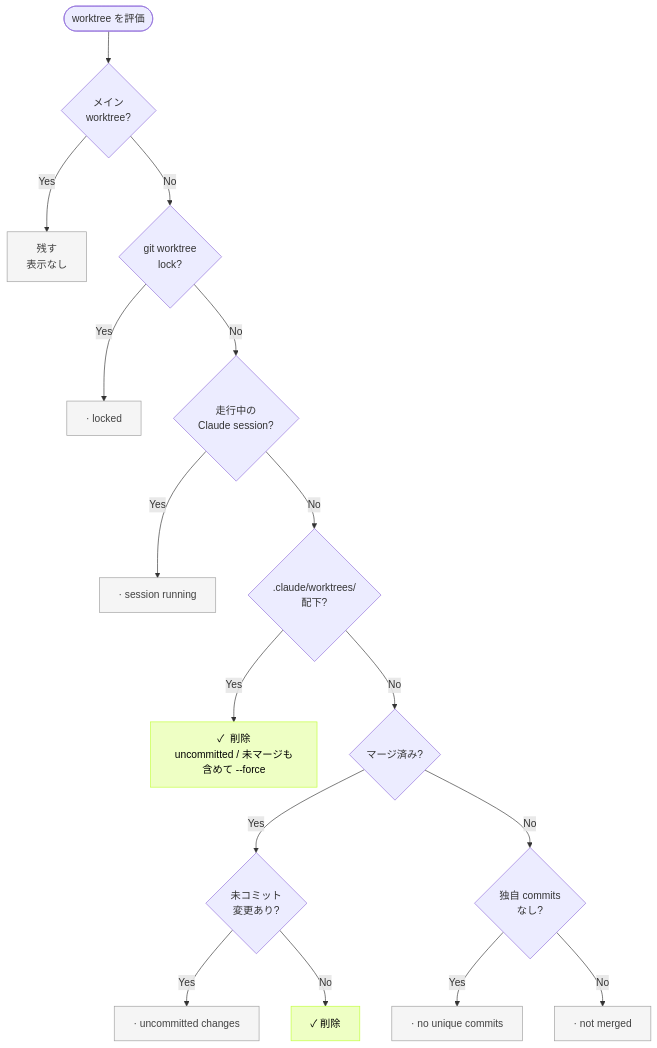
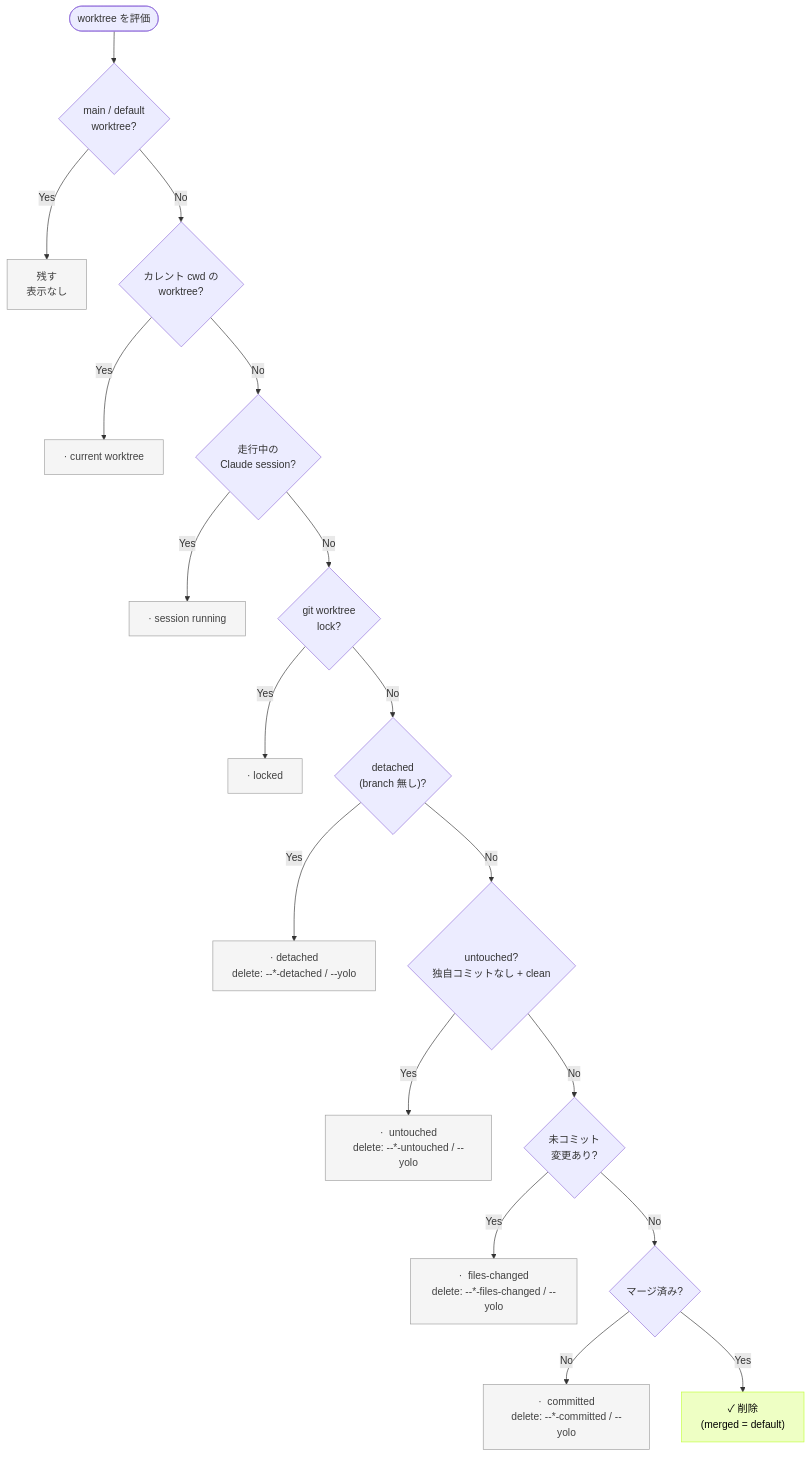
One commit to nozomiishii/git-harvest changed the first of 2 diagrams in README.ja.md. Above: the diagram before and after it, drawn with Mermaid. The commit also changed other lines of this file and 31 other files, not shown here.

````diff
--- a/README.ja.md
+++ b/README.ja.md
@@ -158,22 +235,24 @@
 ```mermaid
 flowchart TD
-    Start([worktree を評価]) --> Main{メイン<br/>worktree?}
+    Start([worktree を評価]) --> Main{"main / default<br/>worktree?"}
     Main -->|Yes| KeepMain[残す<br/>表示なし]
-    Main -->|No| Locked{git worktree<br/>lock?}
+    Main -->|No| Current{"カレント cwd の<br/>worktree?"}
+    Current -->|Yes| KeepCurrent["·  current worktree"]
+    Current -->|No| Running{"走行中の<br/>Claude session?"}
+    Running -->|Yes| KeepRunning["·  session running"]
+    Running -->|No| Locked{"git worktree<br/>lock?"}
     Locked -->|Yes| KeepLocked["·  locked"]
-    Locked -->|No| Running{走行中の<br/>Claude session?}
-    Running -->|Yes| KeepRunning["·  session running"]
-    Running -->|No| ManagedPath{.claude/worktrees/<br/>配下?}
-    ManagedPath -->|Yes| DeleteManaged["✓  削除<br/>uncommitted / 未マージも含めて --force"]
-    ManagedPath -->|No| Merged{マージ済み?}
-    Merged -->|Yes| Uncommitted{未コミット<br/>変更あり?}
-    Uncommitted -->|Yes| KeepUncommitted["·  uncommitted changes"]
-    Uncommitted -->|No| DeleteMerged["✓  削除"]
-    Merged -->|No| NoUnique{独自 commits<br/>なし?}
-    NoUnique -->|Yes| KeepNoUnique["·  no unique commits"]
-    NoUnique -->|No| KeepNotMerged["·  not merged"]
+    Locked -->|No| Detached{"detached<br/>(branch 無し)?"}
+    Detached -->|Yes| KeepDetached["·  detached<br/>delete: --*-detached / --yolo"]
+    Detached -->|No| Untouched{"untouched?<br/>独自コミットなし + clean"}
+    Untouched -->|Yes| KeepUntouched["·  untouched<br/>delete: --*-untouched / --yolo"]
+    Untouched -->|No| Files{"未コミット<br/>変更あり?"}
+    Files -->|Yes| KeepFiles["·  files-changed<br/>delete: --*-files-changed / --yolo"]
+    Files -->|No| Merged{"マージ済み?"}
+    Merged -->|No| KeepCommitted["·  committed<br/>delete: --*-committed / --yolo"]
+    Merged -->|Yes| DeleteMerged["✓  削除<br/>(merged = default)"]
     classDef keep fill:#f5f5f5,stroke:#9e9e9e,color:#424242
     classDef delete fill:#eeffc4,stroke:#C0FF39,color:#000
-    class KeepMain,KeepLocked,KeepRunning,KeepUncommitted,KeepNoUnique,KeepNotMerged keep
-    class DeleteManaged,DeleteMerged delete
+    class KeepMain,KeepCurrent,KeepRunning,KeepLocked,KeepDetached,KeepUntouched,KeepFiles,KeepCommitted keep
+    class DeleteMerged delete
 ```
````
